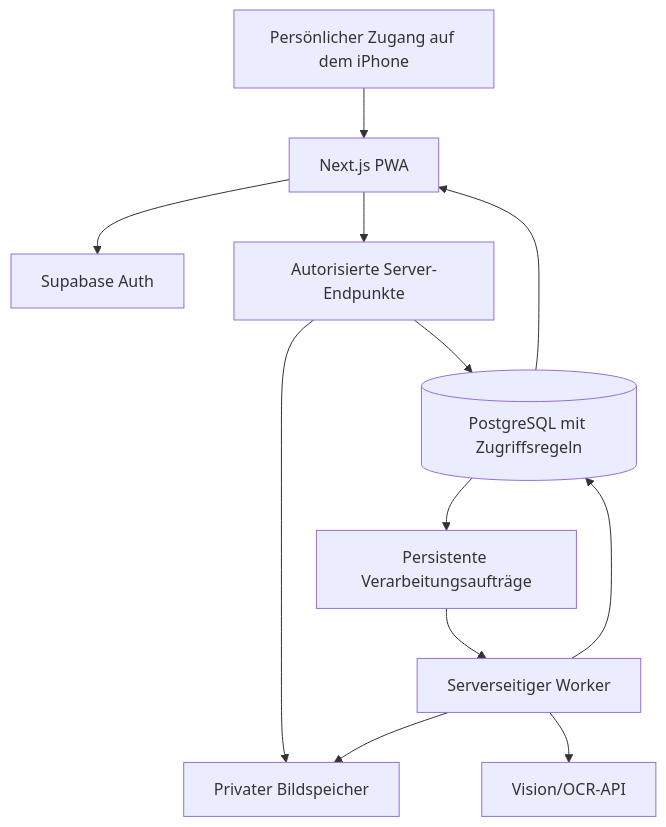
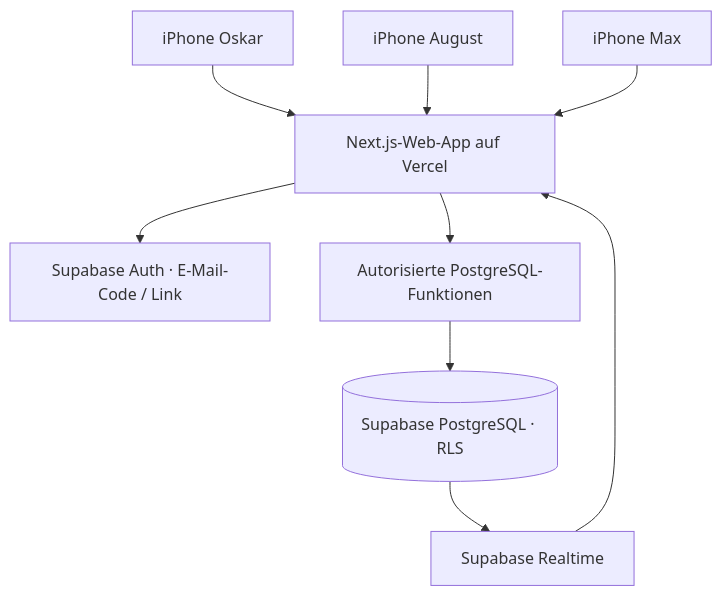
One commit to dnd67/dott-minuten changed the diagram in docs/architecture.md. Above: the diagram before and after it, drawn with Mermaid. The commit also changed other lines of this file and 32 other files, not shown here.

Commit message:
feat: build manual minute tracking app for Vercel and Supabase

````diff
--- a/docs/architecture.md
+++ b/docs/architecture.md
@@ -13,14 +9,11 @@
 ```mermaid
 flowchart TD
-    U[Persönlicher Zugang auf dem iPhone] --> W[Next.js PWA]
-    W --> A[Supabase Auth]
-    W --> API[Autorisierte Server-Endpunkte]
-    API --> DB[(PostgreSQL mit Zugriffsregeln)]
-    API --> S[Privater Bildspeicher]
-    DB --> J[Persistente Verarbeitungsaufträge]
-    J --> K[Serverseitiger Worker]
-    K --> S
-    K --> OCR[Vision/OCR-API]
-    K --> DB
-    DB --> W
+    A[iPhone Oskar] --> W[Next.js-Web-App auf Vercel]
+    B[iPhone August] --> W
+    C[iPhone Max] --> W
+    W --> Auth[Supabase Auth · E-Mail-Code / Link]
+    W --> RPC[Autorisierte PostgreSQL-Funktionen]
+    RPC --> DB[(Supabase PostgreSQL · RLS)]
+    DB --> RT[Supabase Realtime]
+    RT --> W
 ```
````
